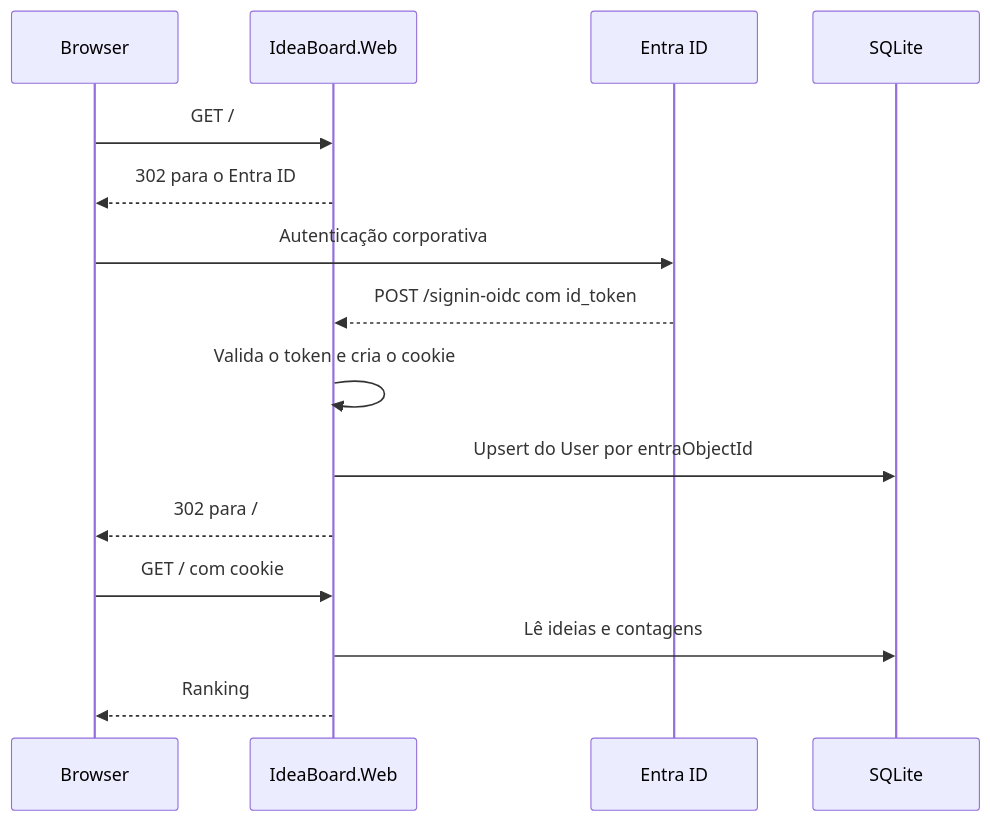
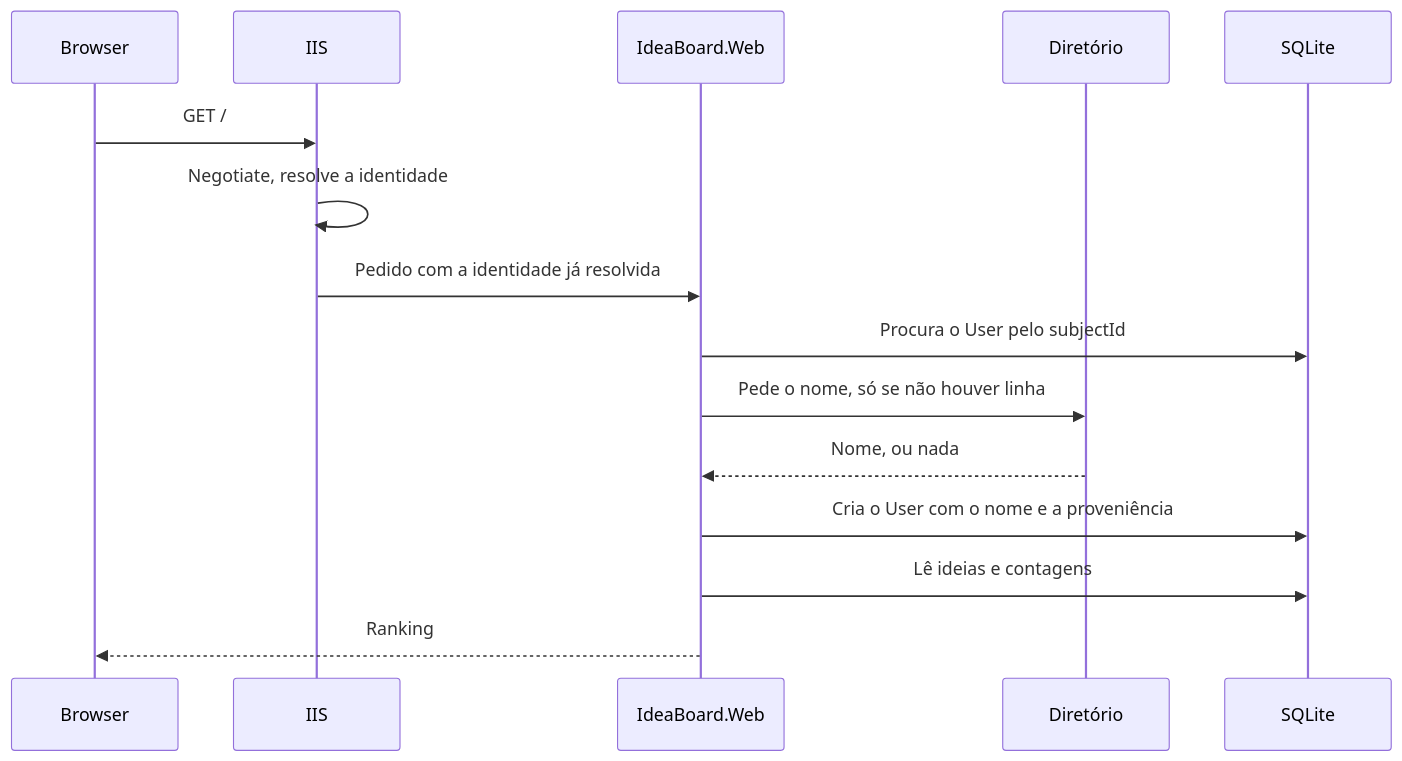
One commit to Kail-the-akuma/AI_Exercise changed the second of 2 diagrams in Docs/01-Arquitetura.md. Above: the diagram before and after it, drawn with Mermaid. The commit also changed other lines of this file and 3 other files, not shown here.

````diff
--- a/Docs/01-Arquitetura.md
+++ b/Docs/01-Arquitetura.md
@@ -149,18 +155,18 @@
 ```mermaid
 sequenceDiagram
     participant B as Browser
+    participant I as IIS
     participant A as IdeaBoard.Web
-    participant E as Entra ID
+    participant R as Diretório
     participant D as SQLite
 
-    B->>A: GET /
-    A-->>B: 302 para o Entra ID
-    B->>E: Autenticação corporativa
-    E-->>A: POST /signin-oidc com id_token
-    A->>A: Valida o token e cria o cookie
-    A->>D: Upsert do User por entraObjectId
-    A-->>B: 302 para /
-    B->>A: GET / com cookie
+    B->>I: GET /
+    I->>I: Negotiate, resolve a identidade
+    I->>A: Pedido com a identidade já resolvida
+    A->>D: Procura o User pelo subjectId
+    A->>R: Pede o nome, só se não houver linha
+    R-->>A: Nome, ou nada
+    A->>D: Cria o User com o nome e a proveniência
     A->>D: Lê ideias e contagens
     A-->>B: Ranking
 ```
````
